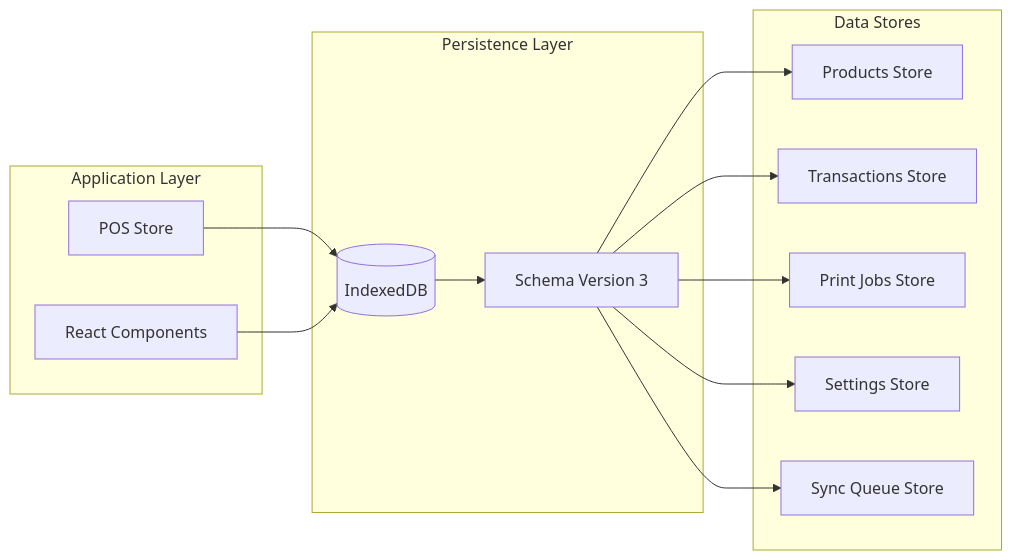
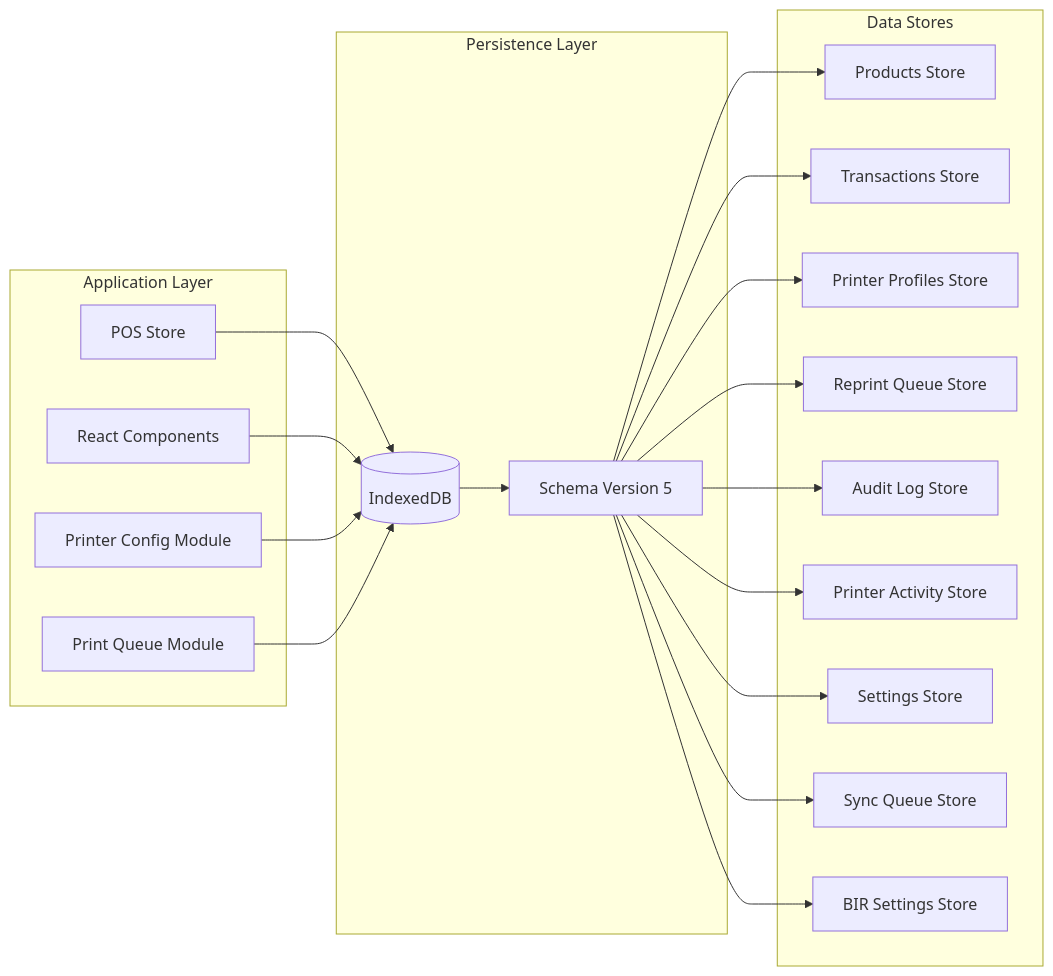
Before and after one commit to yosefdc7/PharmaPOS: the tenth of 12 diagrams in .qoder/repowiki/en/content/Frontend Interface/Printer Management System.md, drawn with Mermaid. The commit also changed other lines of this file and 29 other files, not shown here.

````diff
--- a/.qoder/repowiki/en/content/Frontend Interface/Printer Management System.md
+++ b/.qoder/repowiki/en/content/Frontend Interface/Printer Management System.md
@@ -458,26 +493,38 @@
 ```mermaid
 graph LR
 subgraph "Application Layer"
 Store[POS Store]
 Components[React Components]
+PrinterConfig[Printer Config Module]
+PrintQueue[Print Queue Module]
 end
 subgraph "Persistence Layer"
 IndexedDB[(IndexedDB)]
-Schema[Schema Version 3]
+Schema[Schema Version 5]
 end
 subgraph "Data Stores"
 Products[Products Store]
 Transactions[Transactions Store]
-PrintJobs[Print Jobs Store]
+PrinterProfiles[Printer Profiles Store]
+ReprintQueue[Reprint Queue Store]
+AuditLog[Audit Log Store]
+PrinterActivity[Printer Activity Store]
 Settings[Settings Store]
 SyncQueue[Sync Queue Store]
+BirSettings[BIR Settings Store]
 end
 Store --> IndexedDB
 Components --> IndexedDB
+PrinterConfig --> IndexedDB
+PrintQueue --> IndexedDB
 IndexedDB --> Schema
 Schema --> Products
 Schema --> Transactions
-Schema --> PrintJobs
+Schema --> PrinterProfiles
+Schema --> ReprintQueue
+Schema --> AuditLog
+Schema --> PrinterActivity
 Schema --> Settings
 Schema --> SyncQueue
+Schema --> BirSettings
 ```
````
